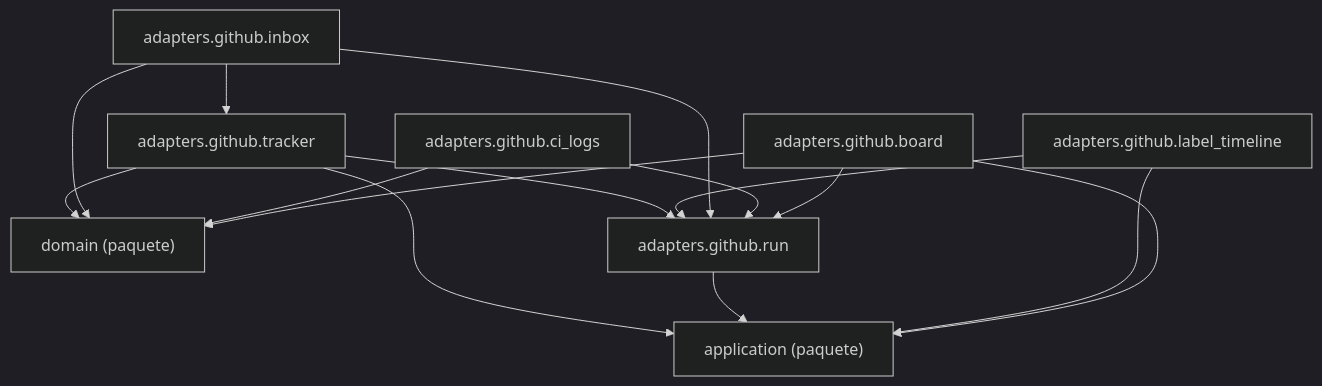
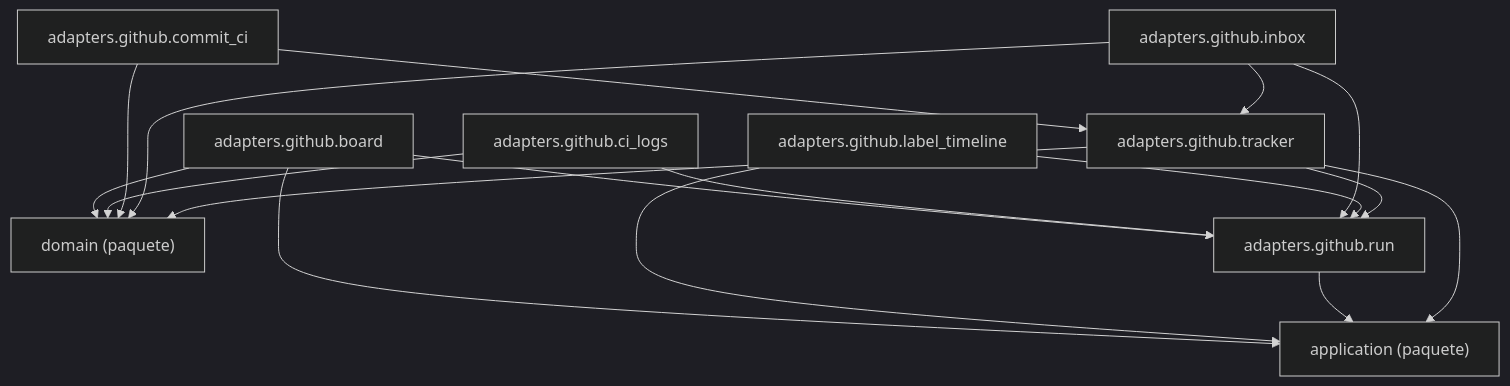
The diagram in docs/architecture/generated/packages-process-adapters-github.md (GonzaloZevallos/agentic-system), drawn with Mermaid (dark theme) before and after one commit. The commit also changed 7 other files, not shown here.

````diff
--- a/docs/architecture/generated/packages-process-adapters-github.md
+++ b/docs/architecture/generated/packages-process-adapters-github.md
@@ -14,25 +14,28 @@
 ```mermaid
 graph TD
     g_pkg__application["application (paquete)"]
     g_pkg__domain["domain (paquete)"]
     m_adapters__github__board["adapters.github.board"]
     m_adapters__github__ci_logs["adapters.github.ci_logs"]
+    m_adapters__github__commit_ci["adapters.github.commit_ci"]
     m_adapters__github__inbox["adapters.github.inbox"]
     m_adapters__github__label_timeline["adapters.github.label_timeline"]
     m_adapters__github__run["adapters.github.run"]
     m_adapters__github__tracker["adapters.github.tracker"]
     m_adapters__github__board --> g_pkg__application
     m_adapters__github__board --> g_pkg__domain
     m_adapters__github__board --> m_adapters__github__run
     m_adapters__github__ci_logs --> g_pkg__domain
     m_adapters__github__ci_logs --> m_adapters__github__run
+    m_adapters__github__commit_ci --> g_pkg__domain
+    m_adapters__github__commit_ci --> m_adapters__github__tracker
     m_adapters__github__inbox --> g_pkg__domain
     m_adapters__github__inbox --> m_adapters__github__run
     m_adapters__github__inbox --> m_adapters__github__tracker
     m_adapters__github__label_timeline --> g_pkg__application
     m_adapters__github__label_timeline --> m_adapters__github__run
     m_adapters__github__run --> g_pkg__application
     m_adapters__github__tracker --> g_pkg__application
     m_adapters__github__tracker --> g_pkg__domain
     m_adapters__github__tracker --> m_adapters__github__run
 ```
````
